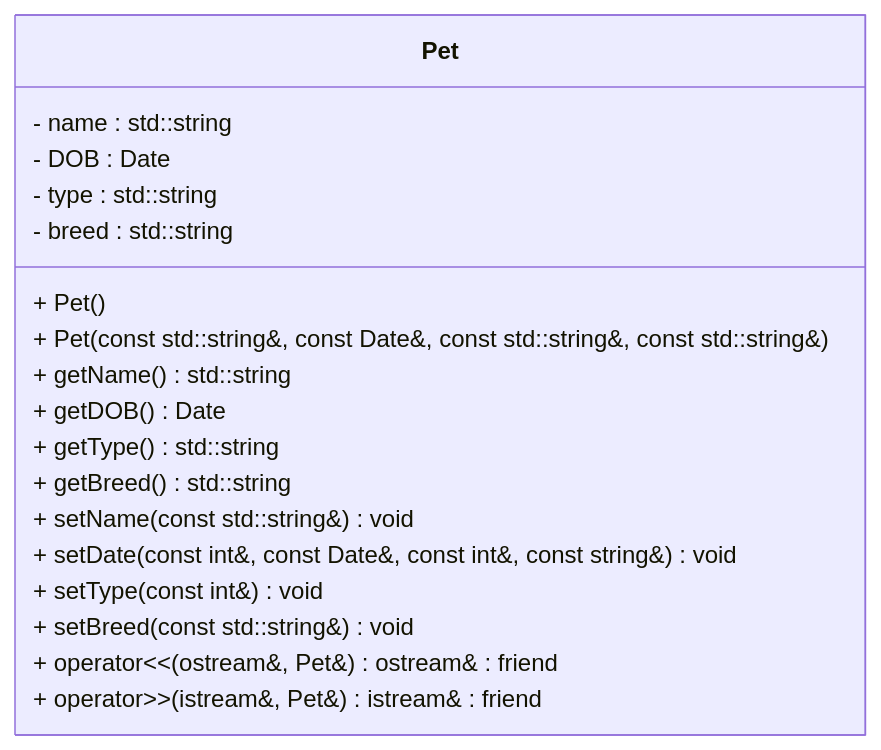
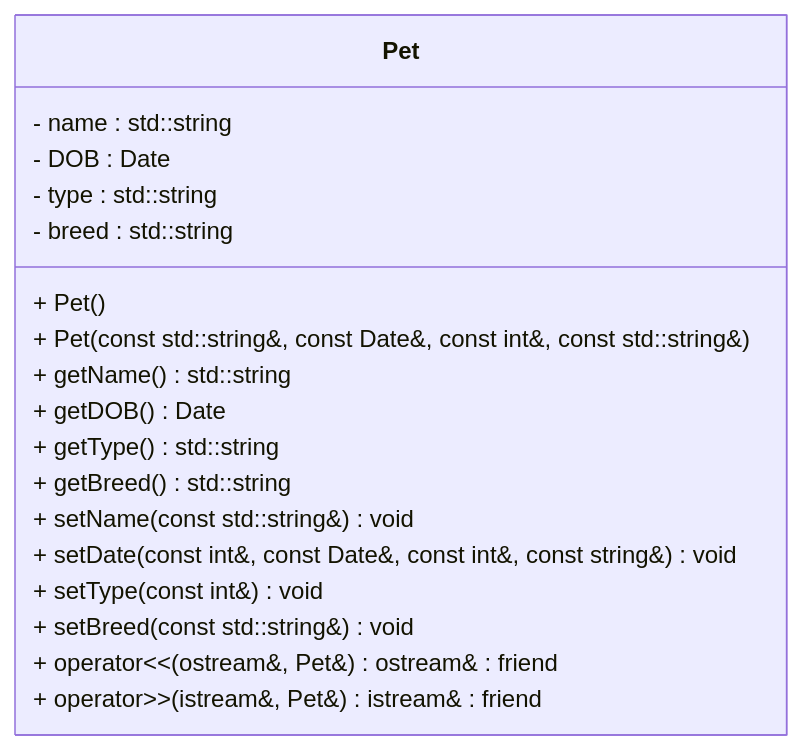
One commit to heimsothe/Spring-2024-OOP-Cpp-Labs changed the third of 4 diagrams in Lab06/README.md. Above: the diagram before and after it, drawn with Mermaid. The commit also changed other lines of this file, not shown here.

````diff
--- a/Lab06/README.md
+++ b/Lab06/README.md
@@ -253,29 +253,29 @@
 ```mermaid
 %%{
   init: {
     'themeVariables': {
       'fontFamily': 'monospace'
     }
   }
 }%%
 classDiagram
     class Pet {
         - name : std::string
         - DOB : Date
         - type : std::string
         - breed : std::string
         + Pet()
-        + Pet(const std::string&, const Date&, const std::string&, const std::string&)
+        + Pet(const std::string&, const Date&, const int&, const std::string&)
         + getName() std::string
         + getDOB() Date
         + getType() std::string
         + getBreed() std::string
         + setName(const std::string&) void
         + setDate(const int&, const Date&, const int&, const string&) void
         + setType(const int&) void
         + setBreed(const std::string&) void
 
         + operator<<(ostream&, Pet&) ostream& : friend
         + operator>>(istream&, Pet&) istream& : friend
     }
 ```
````
